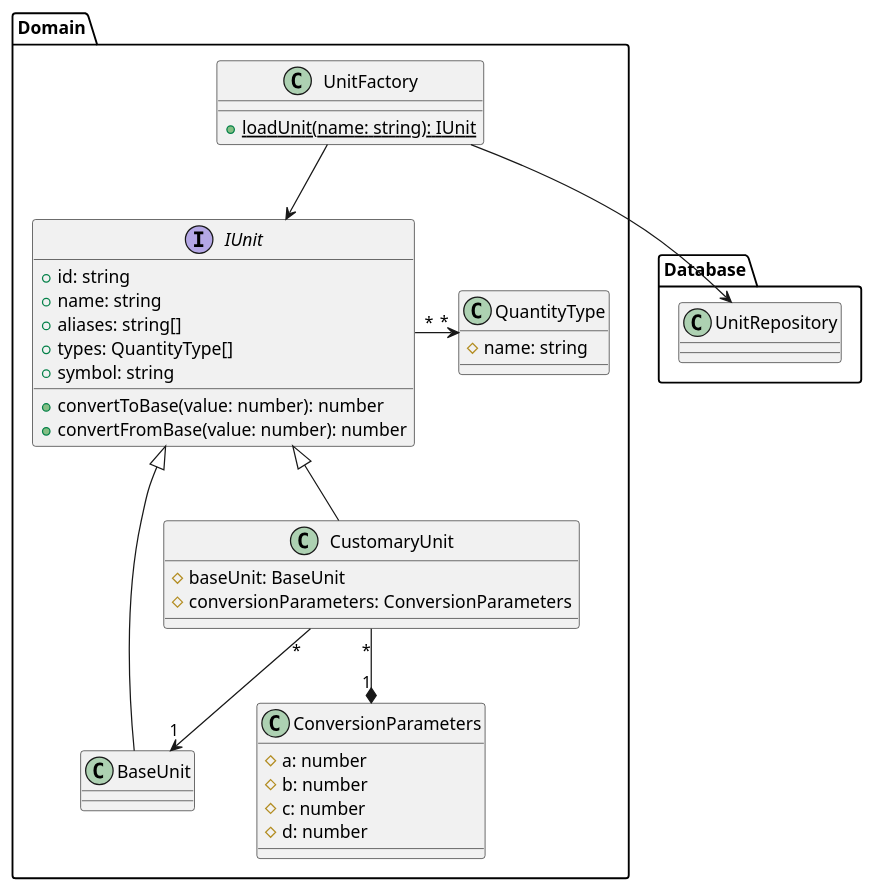
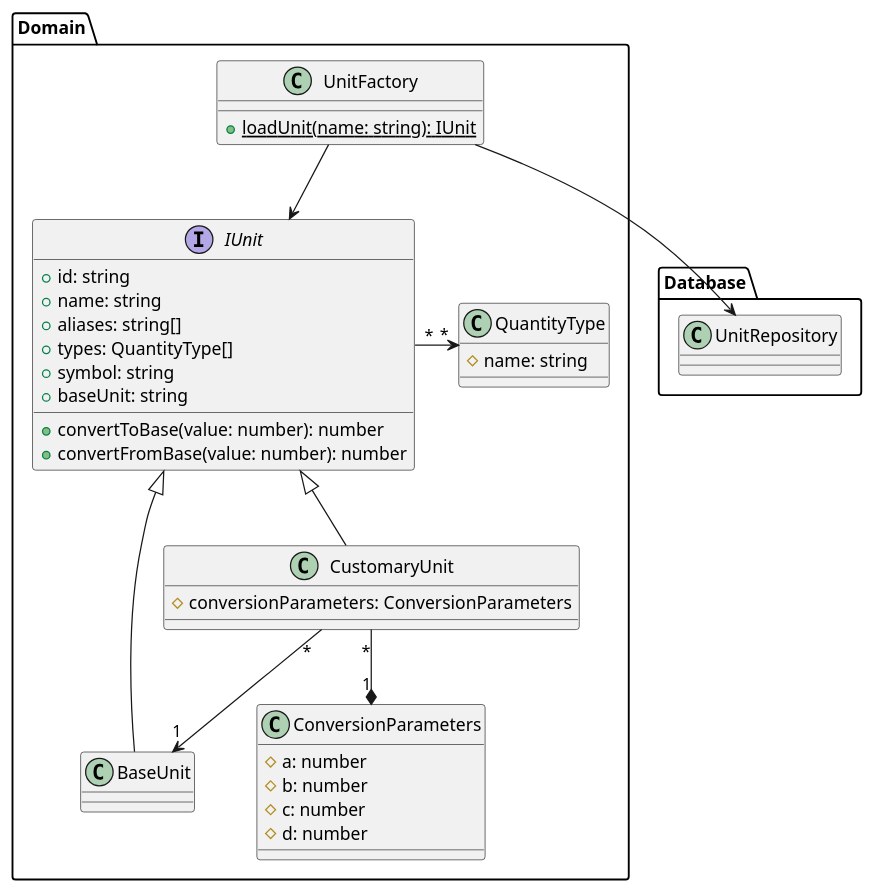
The diagram in docs/uml-class-domain.plantuml (heig-vkaelin/ikt300-project), drawn with PlantUML before and after one commit. The commit also changed 8 other files, not shown here.

Commit message:
Add base unit to unit types, check matching base

```diff
--- a/docs/uml-class-domain.plantuml
+++ b/docs/uml-class-domain.plantuml
@@ -1,47 +1,47 @@
 @startuml uml-class-domain
 
 package "Domain" {
   interface IUnit {
     + id: string
     + name: string
     + aliases: string[]
     + types: QuantityType[]
     + symbol: string
+    + baseUnit: string
     + convertToBase(value: number): number
     + convertFromBase(value: number): number
   }
   class UnitFactory {
     + {static} loadUnit(name: string): IUnit
   }
   class ConversionParameters {
       # a: number
       # b: number
       # c: number
       # d: number
   }
 
   class BaseUnit {
   }
 
   class CustomaryUnit {
-      # baseUnit: BaseUnit
       # conversionParameters: ConversionParameters
   }
   class QuantityType {
       # name: string
   }
 }
 
 package "Database" {
   class UnitRepository {}
 }
 
 BaseUnit -UP-|> IUnit
 CustomaryUnit -UP-|> IUnit
 CustomaryUnit "*" --> "1" BaseUnit
 CustomaryUnit "*" --* "1" ConversionParameters
 IUnit "*" -RIGHT-> "*" QuantityType
 UnitFactory --> IUnit
 UnitFactory --> UnitRepository
 
 @enduml
```
